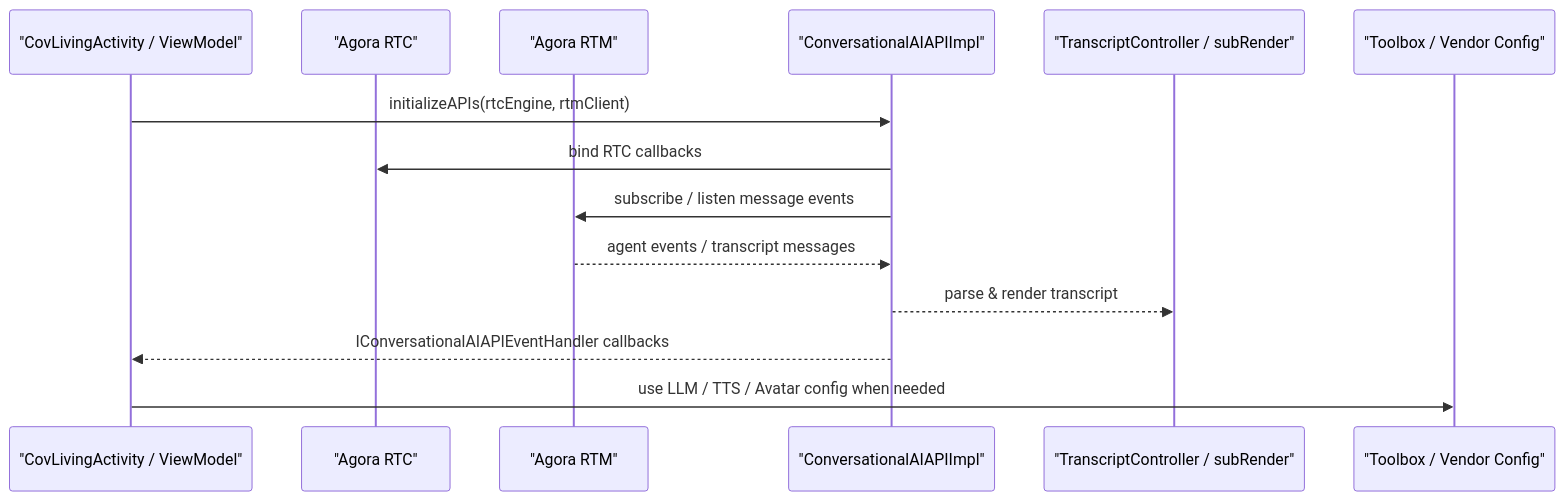
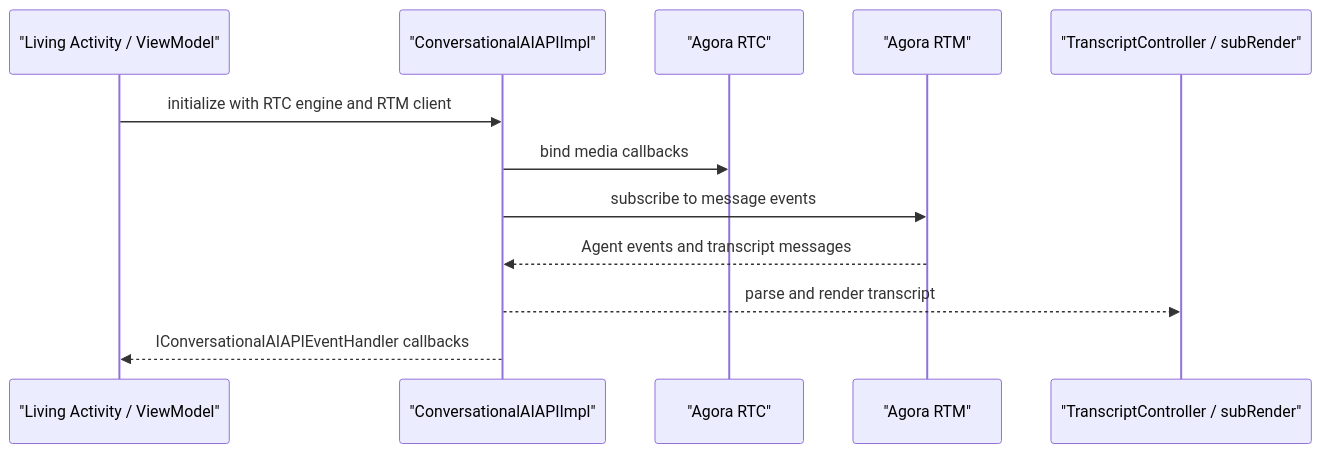
Before and after one commit to Shengwang-Community/Conversational-AI-Demo: the fourth of 6 diagrams in Android/ARCHITECTURE.md, drawn with Mermaid. The commit also changed other lines of this file and 69 other files, not shown here.

````diff
--- a/Android/ARCHITECTURE.md
+++ b/Android/ARCHITECTURE.md
@@ -78,17 +95,15 @@
 ```mermaid
 sequenceDiagram
-  participant UI as "CovLivingActivity / ViewModel"
+  participant UI as "Living Activity / ViewModel"
+  participant API as "ConversationalAIAPIImpl"
   participant RTC as "Agora RTC"
   participant RTM as "Agora RTM"
-  participant API as "ConversationalAIAPIImpl"
-  participant Subtitle as "TranscriptController / subRender"
-  participant Server as "Toolbox / Vendor Config"
+  participant Transcript as "TranscriptController / subRender"
 
-  UI->>API: initializeAPIs(rtcEngine, rtmClient)
-  API->>RTC: bind RTC callbacks
-  API->>RTM: subscribe / listen message events
-  RTM-->>API: agent events / transcript messages
-  API-->>Subtitle: parse & render transcript
+  UI->>API: initialize with RTC engine and RTM client
+  API->>RTC: bind media callbacks
+  API->>RTM: subscribe to message events
+  RTM-->>API: Agent events and transcript messages
+  API-->>Transcript: parse and render transcript
   API-->>UI: IConversationalAIAPIEventHandler callbacks
-  UI->>Server: use LLM / TTS / Avatar config when needed
 ```
````
